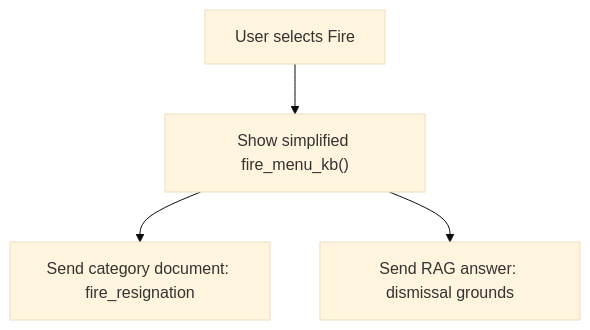
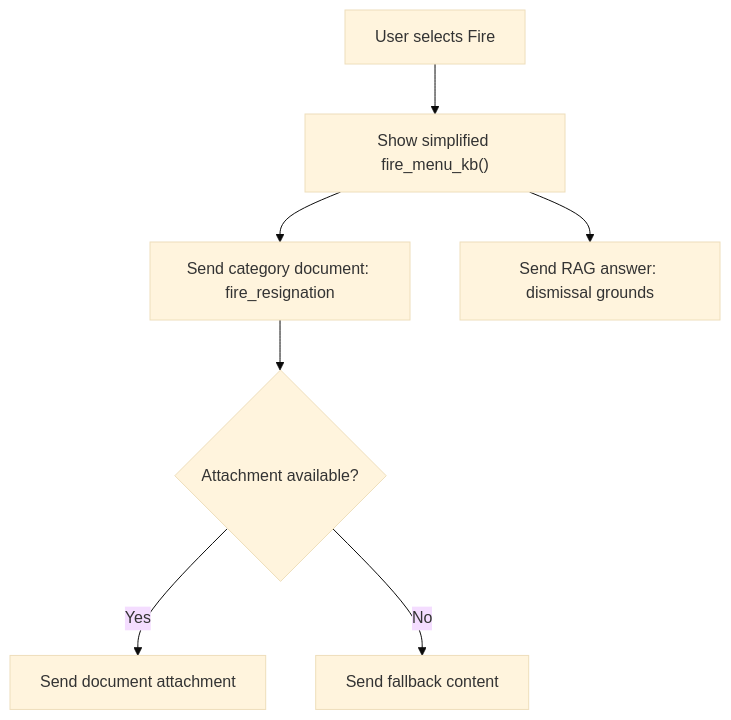
One commit to ognelis/cafetera_hr_bot changed the tenth of 12 diagrams in .qoder/repowiki/en/content/VK Integration/Domain Content Management.md. Above: the diagram before and after it, drawn with Mermaid (base theme). The commit also changed other lines of this file and 27 other files, not shown here.

````diff
--- a/.qoder/repowiki/en/content/VK Integration/Domain Content Management.md
+++ b/.qoder/repowiki/en/content/VK Integration/Domain Content Management.md
@@ -428,6 +453,9 @@
 ```mermaid
 flowchart TD
 FireEntry["User selects Fire"] --> FireMenu["Show simplified fire_menu_kb()"]
 FireMenu --> Resignation["Send category document: fire_resignation"]
+Resignation --> AttachmentCheck{"Attachment available?"}
+AttachmentCheck --> |Yes| SendDoc["Send document attachment"]
+AttachmentCheck --> |No| SendFallback["Send fallback content"]
 FireMenu --> Grounds["Send RAG answer: dismissal grounds"]
 ```
````
